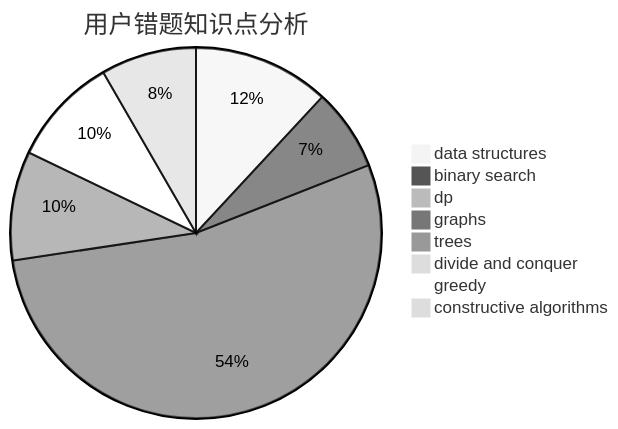
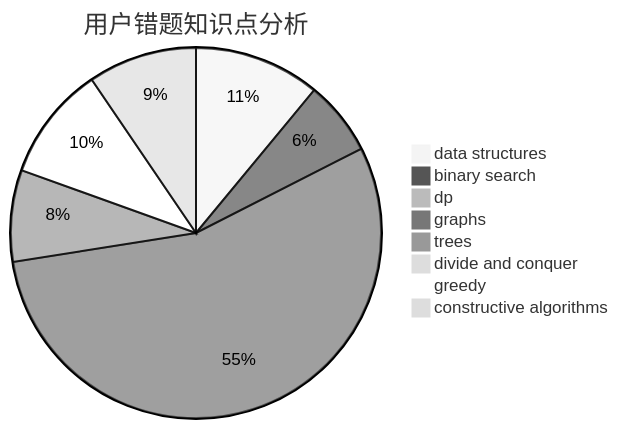
One commit to sherpahu/cfrs.github.io changed the third of 3 diagrams in docs/user/u933.md. Above: the diagram before and after it, drawn with Mermaid (neutral theme). The commit also changed other lines of this file and 2770 other files, not shown here.

````diff
--- a/docs/user/u933.md
+++ b/docs/user/u933.md
@@ -36,11 +36,11 @@
 ```mermaid
 pie title 用户错题知识点分析
-    "data structures" :  20
-    "binary search" :  12
-    "dp" :  0
-    "graphs" :  90
+    "data structures" :  22
+    "binary search" :  13
+    "dp" :  1
+    "graphs" :  110
     "trees" :  16
     "divide and conquer" :  0
-    "greedy" :  16
-    "constructive algorithms" :  14
+    "greedy" :  20
+    "constructive algorithms" :  19
 ```
````
